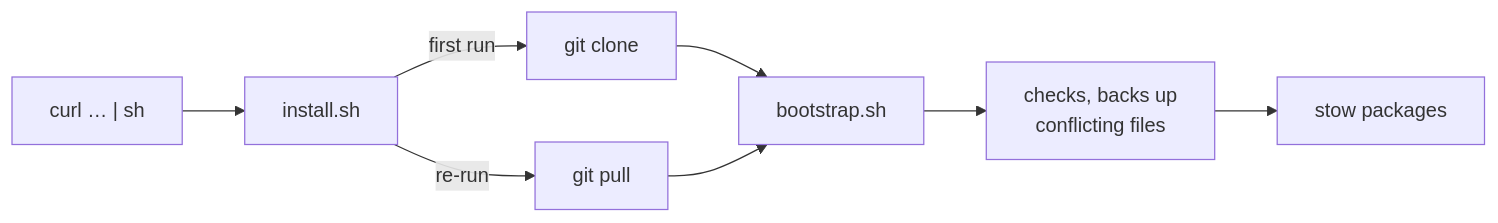
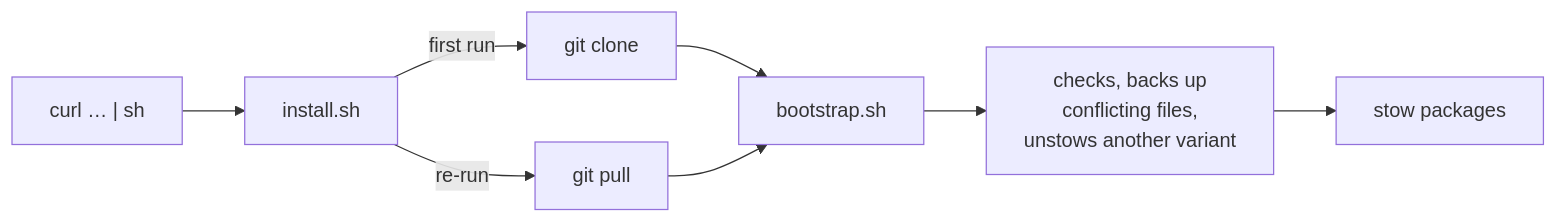
One commit to GrndZero101/dotfiles changed the diagram in README.md. Above: the diagram before and after it, drawn with Mermaid. The commit also changed other lines of this file and 2 other files, not shown here.

First line of the commit message:
docs: record tmux-raidboss, variant switching and the status changes

````diff
--- a/README.md
+++ b/README.md
@@ -33,10 +33,10 @@
 ```mermaid
 flowchart LR
   A["curl … | sh"] --> B[install.sh]
   B -->|first run| C[git clone]
   B -->|re-run| D[git pull]
   C --> E[bootstrap.sh]
   D --> E
-  E --> F["checks, backs up<br>conflicting files"]
+  E --> F["checks, backs up<br>conflicting files,<br>unstows another variant"]
   F --> G[stow packages]
 ```
````
